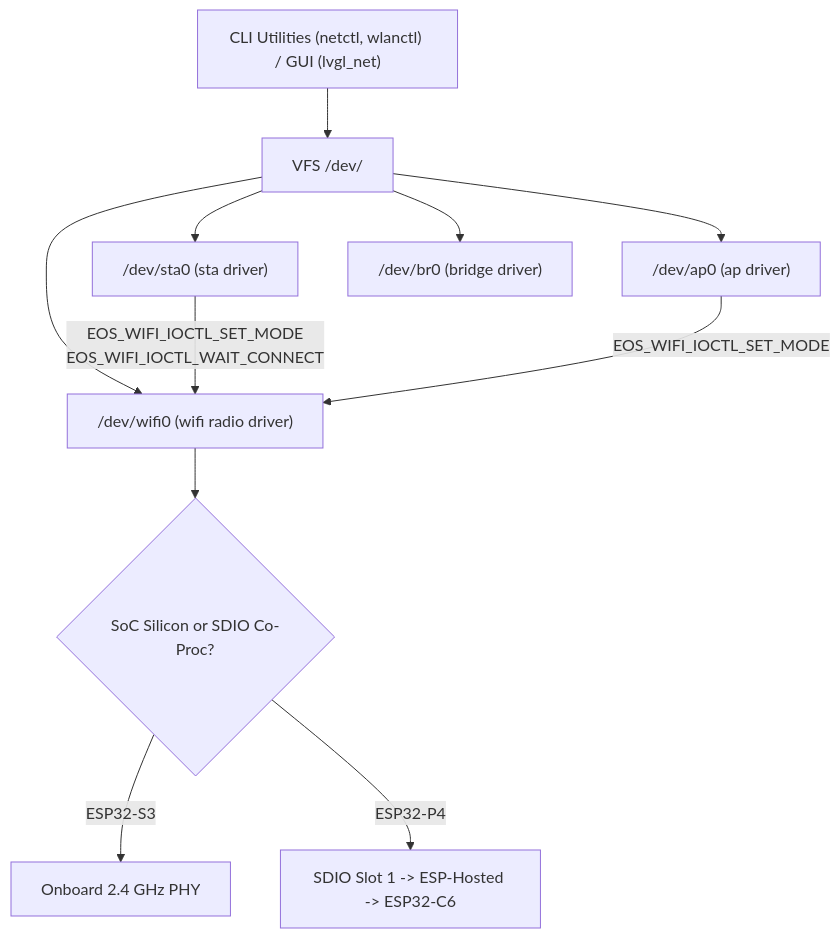
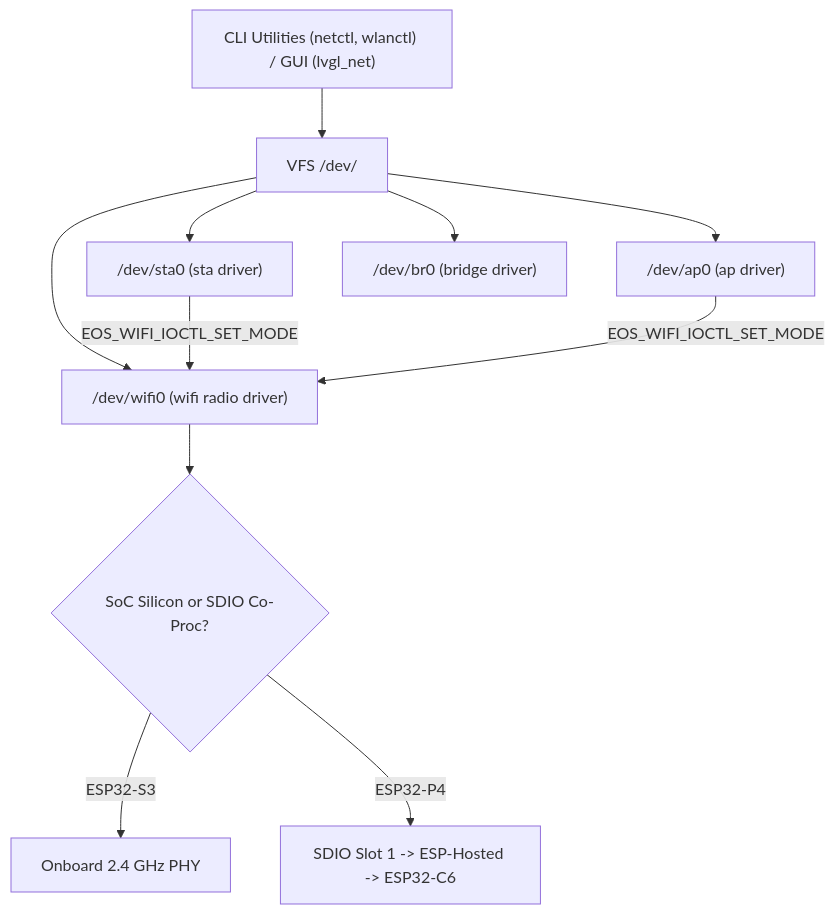
One commit to frostmorn/eos changed the diagram in docs/drivers/network.md. Above: the diagram before and after it, drawn with Mermaid. The commit also changed 2 other files, not shown here.

Commit message:
Fix diagrams in docs

````diff
--- a/docs/drivers/network.md
+++ b/docs/drivers/network.md
@@ -25,16 +25,16 @@
 ```mermaid
 flowchart TD
     User["CLI Utilities (netctl, wlanctl) / GUI (lvgl_net)"] --> VFS["VFS /dev/"]
     
     VFS --> STA["/dev/sta0 (sta driver)"]
     VFS --> AP["/dev/ap0 (ap driver)"]
     VFS --> WIFI["/dev/wifi0 (wifi radio driver)"]
     VFS --> BR["/dev/br0 (bridge driver)"]
     
-    STA -- "EOS_WIFI_IOCTL_SET_MODE\nEOS_WIFI_IOCTL_WAIT_CONNECT" --> WIFI
-    AP -- "EOS_WIFI_IOCTL_SET_MODE" --> WIFI
+    STA -->|"EOS_WIFI_IOCTL_SET_MODE"| WIFI
+    AP -->|"EOS_WIFI_IOCTL_SET_MODE"| WIFI
     
     WIFI --> Hardware{"SoC Silicon or SDIO Co-Proc?"}
     Hardware -->|ESP32-S3| OnboardRadio["Onboard 2.4 GHz PHY"]
     Hardware -->|ESP32-P4| SDIOBus["SDIO Slot 1 -> ESP-Hosted -> ESP32-C6"]
 ```
````
